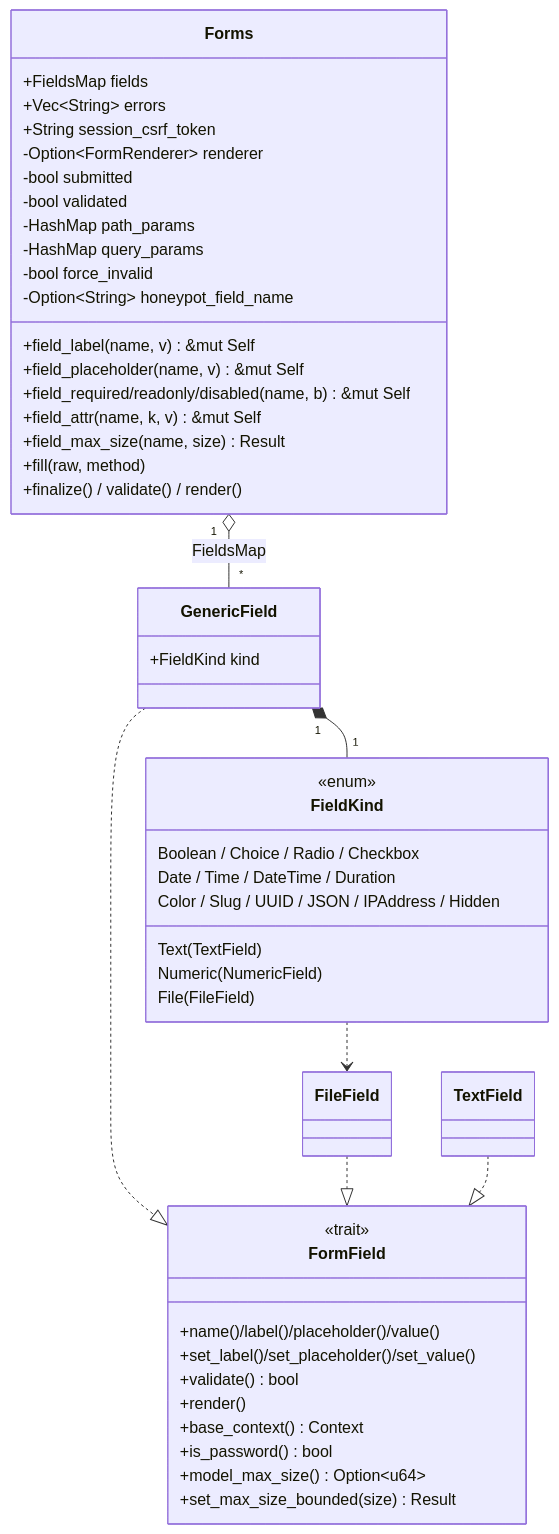
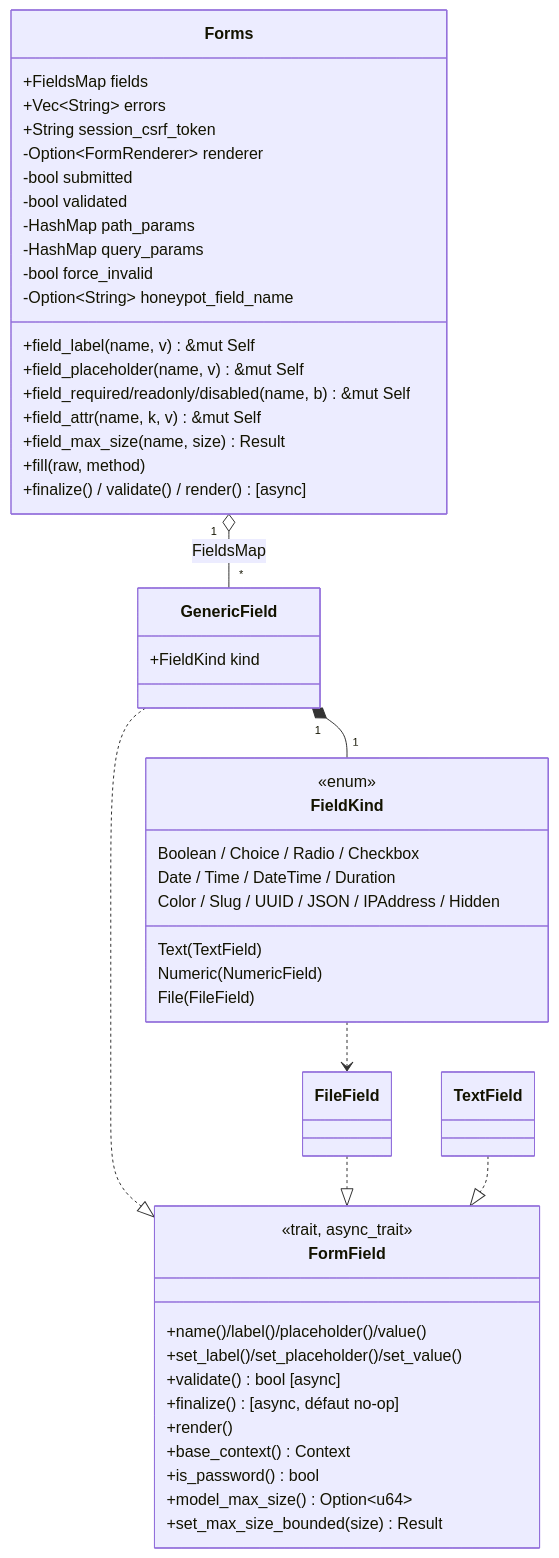
Before and after one commit to seb-alliot/runique: the first of 2 diagrams in diagramme/uml/forms/formulaires.md, drawn with Mermaid. The commit also changed other lines of this file and 67 other files, not shown here.

````diff
--- a/diagramme/uml/forms/formulaires.md
+++ b/diagramme/uml/forms/formulaires.md
@@ -8,51 +8,52 @@
 ```mermaid
 classDiagram
     class Forms {
         +FieldsMap fields
         +Vec~String~ errors
         +String session_csrf_token
         -Option~FormRenderer~ renderer
         -bool submitted
         -bool validated
         -HashMap path_params
         -HashMap query_params
         -bool force_invalid
         -Option~String~ honeypot_field_name
         +field_label(name, v) &mut Self
         +field_placeholder(name, v) &mut Self
         +field_required/readonly/disabled(name, b) &mut Self
         +field_attr(name, k, v) &mut Self
         +field_max_size(name, size) Result
         +fill(raw, method)
-        +finalize() / validate() / render()
+        +finalize() / validate() / render() [async]
     }
     class FormField {
-        <<trait>>
+        <<trait, async_trait>>
         +name()/label()/placeholder()/value()
         +set_label()/set_placeholder()/set_value()
-        +validate() bool
+        +validate() bool [async]
+        +finalize() [async, défaut no-op]
         +render()
         +base_context() Context
         +is_password() bool
         +model_max_size() Option~u64~
         +set_max_size_bounded(size) Result
     }
     class GenericField {
         +FieldKind kind
     }
     class FieldKind {
         <<enum>>
         Text(TextField)
         Numeric(NumericField)
         File(FileField)
         Boolean / Choice / Radio / Checkbox
         Date / Time / DateTime / Duration
         Color / Slug / UUID / JSON / IPAddress / Hidden
     }
     Forms "1" o-- "*" GenericField : FieldsMap
     GenericField "1" *-- "1" FieldKind
     GenericField ..|> FormField
     FieldKind ..> FileField
     FileField ..|> FormField
     TextField ..|> FormField
 ```
````
